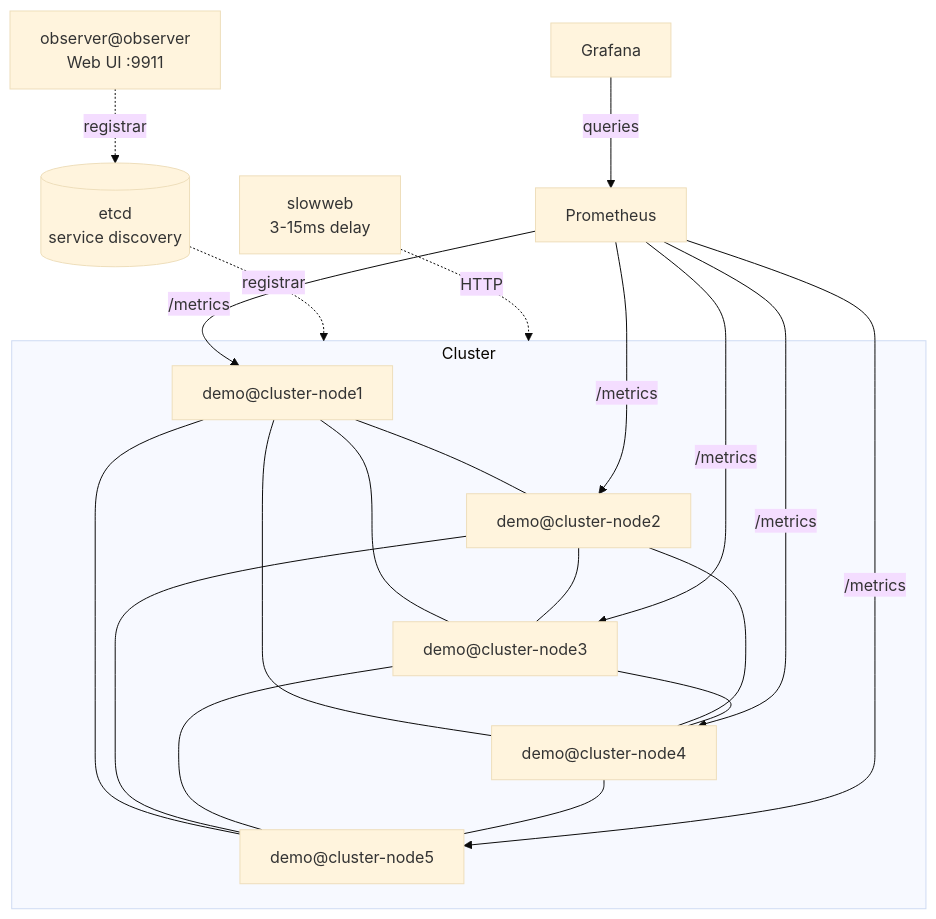
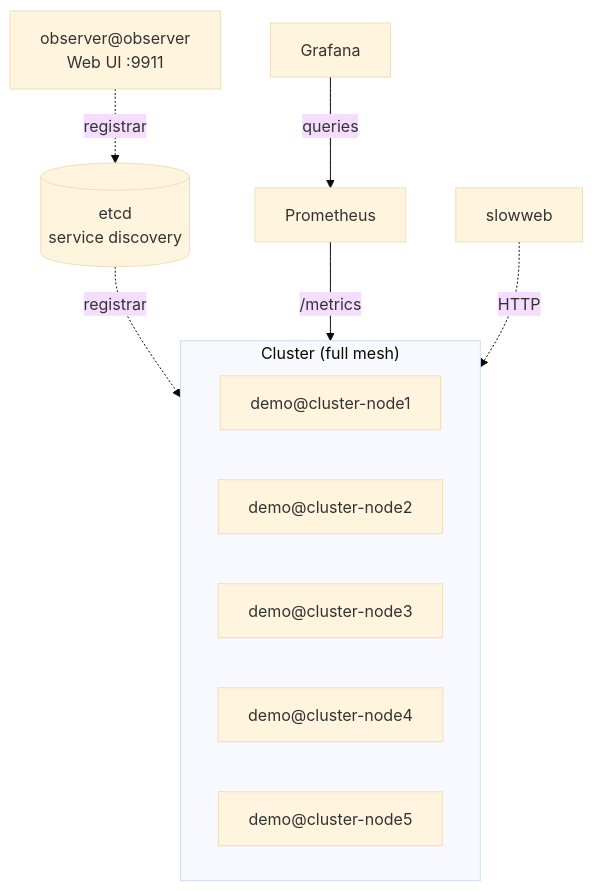
The diagram in observability/README.md (ergo-services/examples), drawn with Mermaid (base theme) before and after one commit. The commit also changed other lines of this file, not shown here.

````diff
--- a/observability/README.md
+++ b/observability/README.md
@@ -103,37 +54,20 @@
 ```mermaid
 graph TB
-    etcd[("etcd\nservice discovery")]
+    etcd[("etcd
+    service discovery")]
 
-    subgraph Cluster
+    subgraph Cluster["Cluster (full mesh)"]
         cn1["demo@cluster-node1"]
         cn2["demo@cluster-node2"]
         cn3["demo@cluster-node3"]
         cn4["demo@cluster-node4"]
         cn5["demo@cluster-node5"]
     end
 
-    cn1 --- cn2
-    cn1 --- cn3
-    cn1 --- cn4
-    cn1 --- cn5
-    cn2 --- cn3
-    cn2 --- cn4
-    cn2 --- cn5
-    cn3 --- cn4
-    cn3 --- cn5
-    cn4 --- cn5
-
     etcd -. registrar .-> Cluster
-
-    prometheus["Prometheus"] -- "/metrics" --> cn1
-    prometheus -- "/metrics" --> cn2
-    prometheus -- "/metrics" --> cn3
-    prometheus -- "/metrics" --> cn4
-    prometheus -- "/metrics" --> cn5
-
-    grafana["Grafana"] -- queries --> prometheus
-
-    slowweb["slowweb\n3-15ms delay"] -. HTTP .-> Cluster
-
-    obs["observer@observer\nWeb UI :9911"] -. registrar .-> etcd
+    grafana["Grafana"] -- queries --> prometheus["Prometheus"]
+    prometheus -- "/metrics" --> Cluster
+    slowweb["slowweb"] -. HTTP .-> Cluster
+    obs["observer@observer
+    Web UI :9911"] -. registrar .-> etcd
 ```
````
